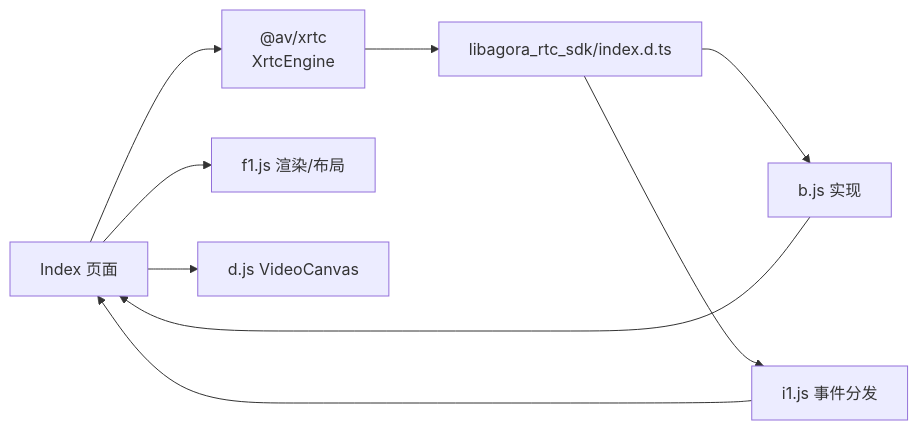
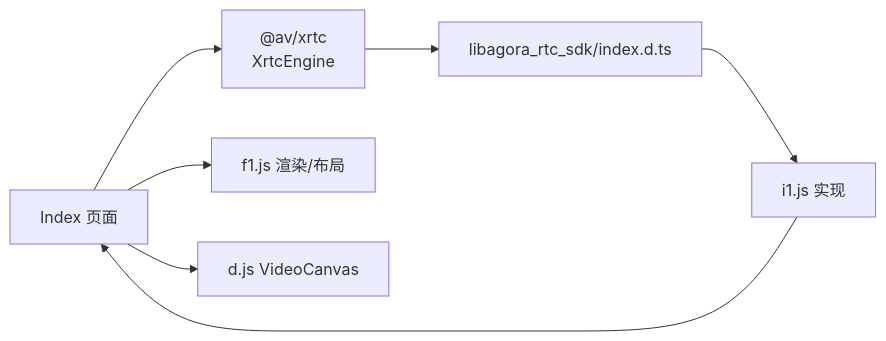
One commit to huz1xuan/harmony_XDY changed the ninth of 9 diagrams in .qoder/repowiki/zh/content/主要功能模块/音视频通话系统/音视频通话系统.md. Above: the diagram before and after it, drawn with Mermaid. The commit also changed other lines of this file and 15 other files, not shown here.

````diff
--- a/.qoder/repowiki/zh/content/主要功能模块/音视频通话系统/音视频通话系统.md
+++ b/.qoder/repowiki/zh/content/主要功能模块/音视频通话系统/音视频通话系统.md
@@ -288,11 +355,9 @@
 ```mermaid
 graph LR
 Page["Index 页面"] --> XE["@av/xrtc<br/>XrtcEngine"]
 XE --> NAPI["libagora_rtc_sdk/index.d.ts"]
-NAPI --> ImplB["b.js 实现"]
-NAPI --> ImplI["i1.js 事件分发"]
+NAPI --> ImplI["i1.js 实现"]
 ImplI --> Page
-ImplB --> Page
 Page --> Render["f1.js 渲染/布局"]
 Page --> Canvas["d.js VideoCanvas"]
 ```
````
